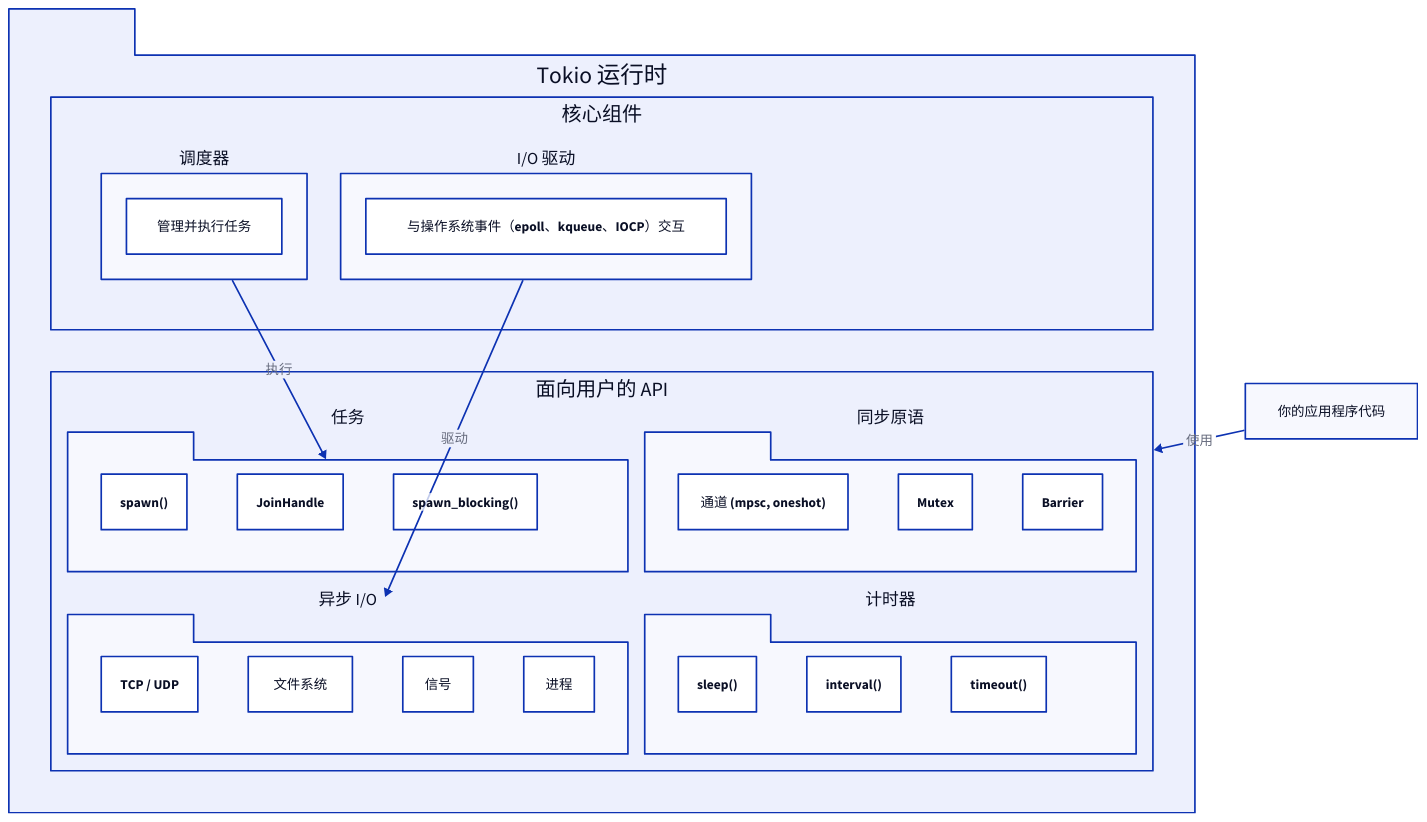
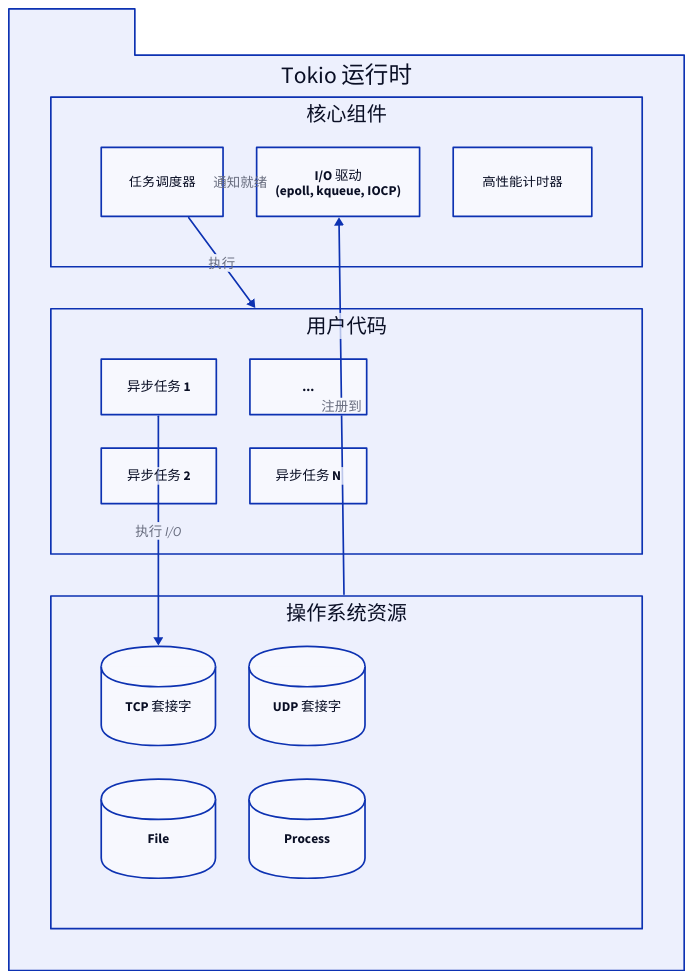
The diagram in .aigne/doc-smith/docs/concepts.zh.md (lban2049/tokio), drawn with D2 before and after one commit. The commit also changed other lines of this file and 40 other files, not shown here.

````diff
--- a/.aigne/doc-smith/docs/concepts.zh.md
+++ b/.aigne/doc-smith/docs/concepts.zh.md
@@ -7,67 +7,69 @@
 ```d2
 direction: down
 
-"Tokio 运行时" {
+"Tokio-Runtime": {
+  label: "Tokio 运行时"
   shape: package
   grid-columns: 1
   grid-gap: 50
 
-  "核心组件" {
-    grid-columns: 2
+  "Core-Components": {
+    label: "核心组件"
+    shape: rectangle
+    grid-columns: 3
 
-    "调度器": {
-      shape: rectangle
-      "管理并执行任务"
+    Scheduler: {
+      label: "任务调度器"
     }
-
-    "I/O 驱动": {
-      shape: rectangle
-      "与操作系统事件（epoll、kqueue、IOCP）交互"
+    "I-O-Driver": {
+      label: "I/O 驱动\n(epoll, kqueue, IOCP)"
+    }
+    Timer: {
+      label: "高性能计时器"
     }
   }
 
-  "面向用户的 API" {
+  "User-Code": {
+    label: "用户代码"
+    shape: rectangle
     grid-columns: 2
-    grid-gap: 20
 
-    "任务": {
-      shape: package
-      "spawn()"
-      "JoinHandle"
-      "spawn_blocking()"
+    "Async-Task-1": {
+      label: "异步任务 1"
     }
-
-    "异步 I/O": {
-      shape: package
-      "TCP / UDP"
-      "文件系统"
-      "信号"
-      "进程"
+    "Async-Task-2": {
+      label: "异步任务 2"
     }
-
-    "同步原语": {
-      shape: package
-      "通道 (mpsc, oneshot)"
-      "Mutex"
-      "Barrier"
-    }
-
-    "计时器": {
-      shape: package
-      "sleep()"
-      "interval()"
-      "timeout()"
+    "...": {}
+    "Async-Task-N": {
+      label: "异步任务 N"
     }
   }
 
-  "核心组件".调度器 -> "面向用户的 API".任务: "执行"
-  "核心组件"."I/O 驱动" -> "面向用户的 API"."异步 I/O": "驱动"
+  "OS-Resources": {
+    label: "操作系统资源"
+    shape: rectangle
+    grid-columns: 2
+
+    "TCP-Socket": { 
+      label: "TCP 套接字"
+      shape: cylinder 
+    }
+    File: { 
+      shape: cylinder 
+    }
+    "UDP-Socket": { 
+      label: "UDP 套接字"
+      shape: cylinder 
+    }
+    Process: { 
+      shape: cylinder 
+    }
+  }
+
+  "Core-Components".Scheduler -> "User-Code": "执行"
+  "User-Code"."Async-Task-1" -> "OS-Resources"."TCP-Socket": "执行 I/O"
+  "OS-Resources" -> "Core-Components"."I-O-Driver": "注册到"
+  "Core-Components"."I-O-Driver" -> "Core-Components".Scheduler: "通知就绪"
 }
-
-"你的应用程序代码" {
-  shape: rectangle
-}
-
-"你的应用程序代码" -> "Tokio 运行时"."面向用户的 API": "使用"
-
 ```
````
